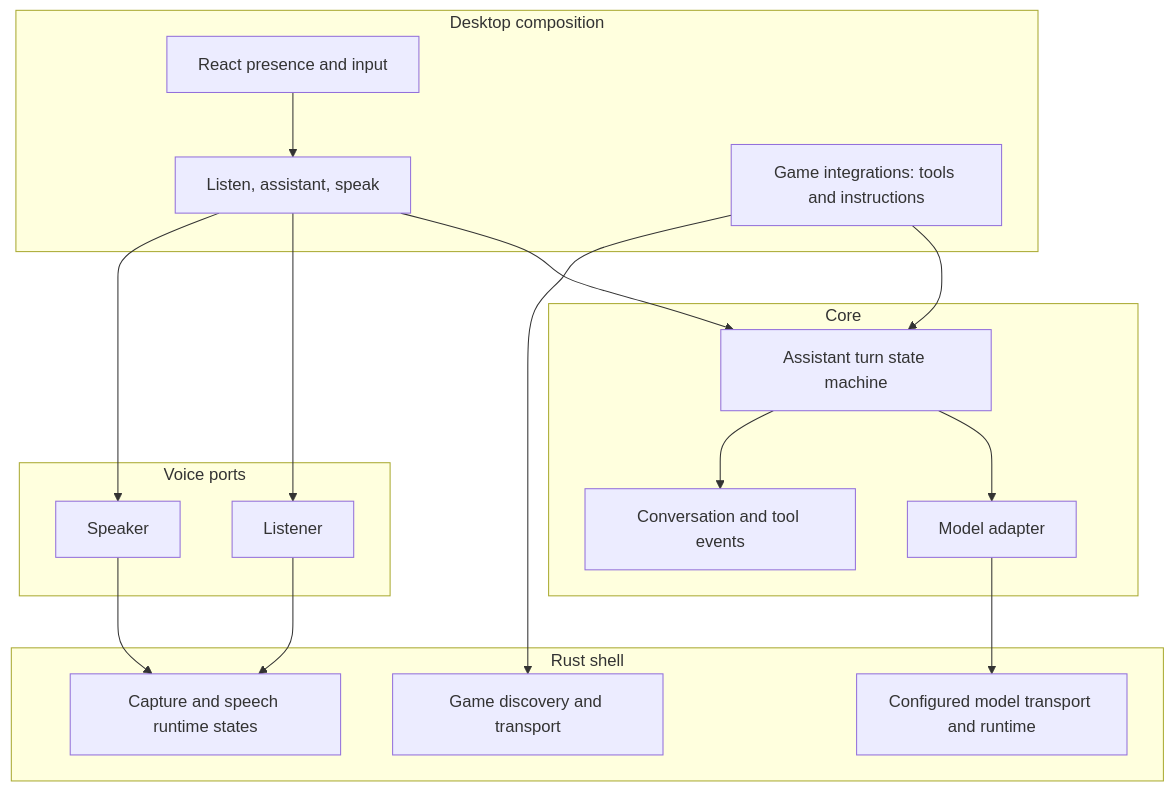
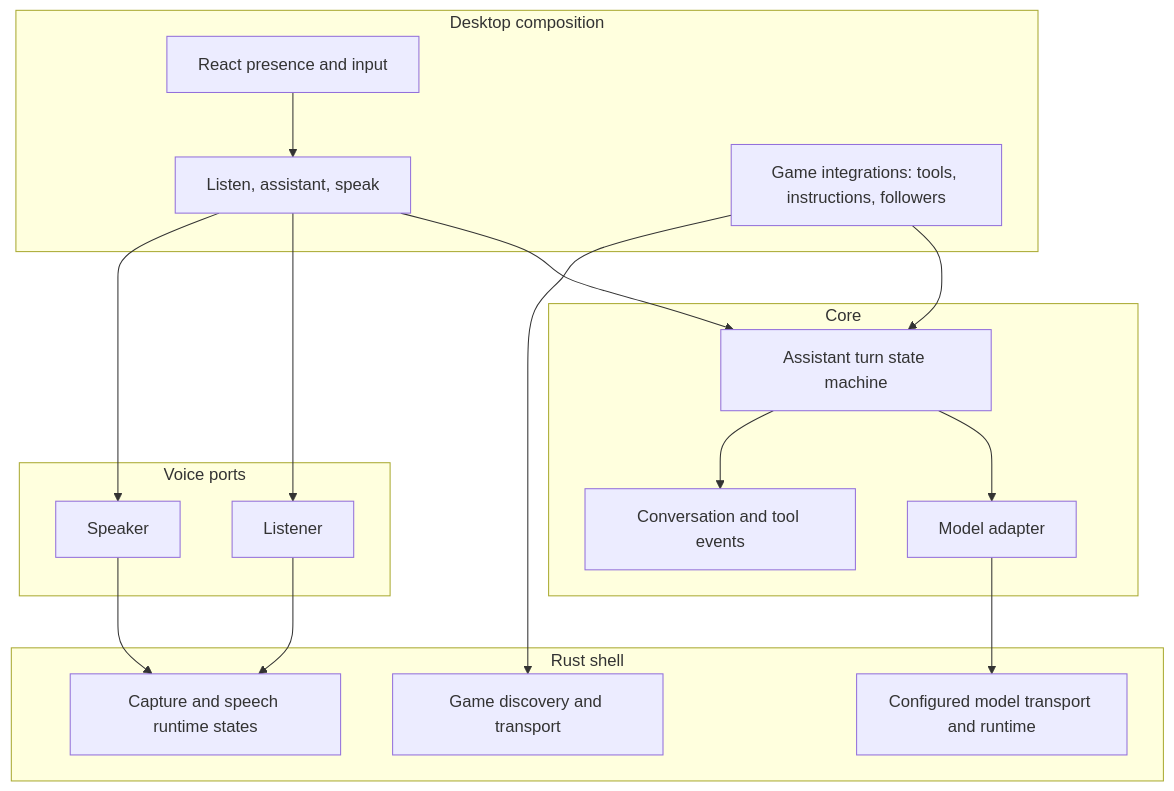
One commit to ItsYuma/Caprice changed the diagram in docs/architecture.md. Above: the diagram before and after it, drawn with Mermaid. The commit also changed other lines of this file and 14 other files, not shown here.

````diff
--- a/docs/architecture.md
+++ b/docs/architecture.md
@@ -7,33 +7,33 @@
 ```mermaid
 flowchart TB
   subgraph desktop [Desktop composition]
     page[React presence and input]
     turn[Listen, assistant, speak]
-    integrations[Game integrations: tools and instructions]
+    integrations[Game integrations: tools, instructions, followers]
   end
   subgraph core [Core]
     session[Assistant turn state machine]
     adapter[Model adapter]
     events[Conversation and tool events]
   end
   subgraph voice [Voice ports]
     listen[Listener]
     speak[Speaker]
   end
   subgraph shell [Rust shell]
     model[Configured model transport and runtime]
     speech[Capture and speech runtime states]
     games[Game discovery and transport]
   end
   page --> turn
   turn --> session
   turn --> listen
   turn --> speak
   integrations --> session
   integrations --> games
   session --> adapter
   session --> events
   adapter --> model
   listen --> speech
   speak --> speech
 ```
````
